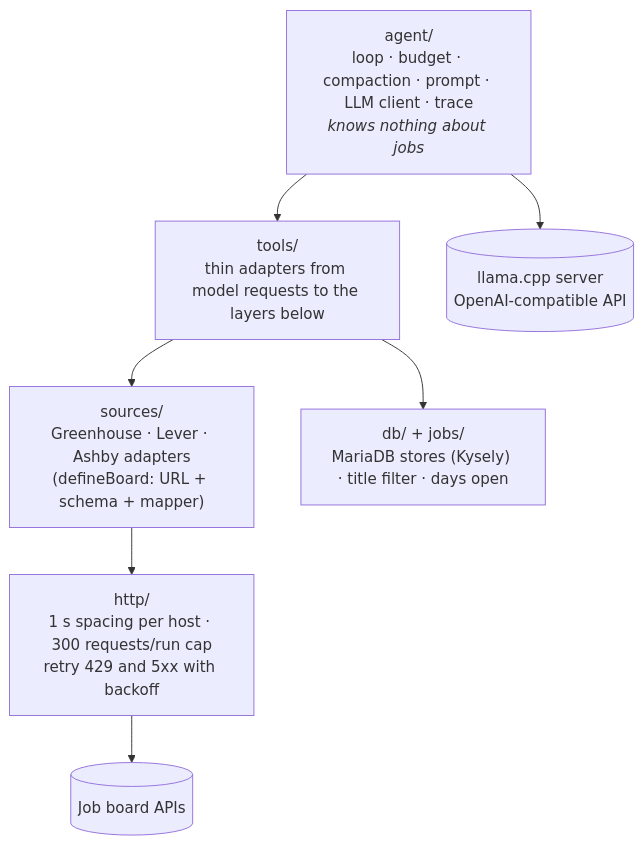
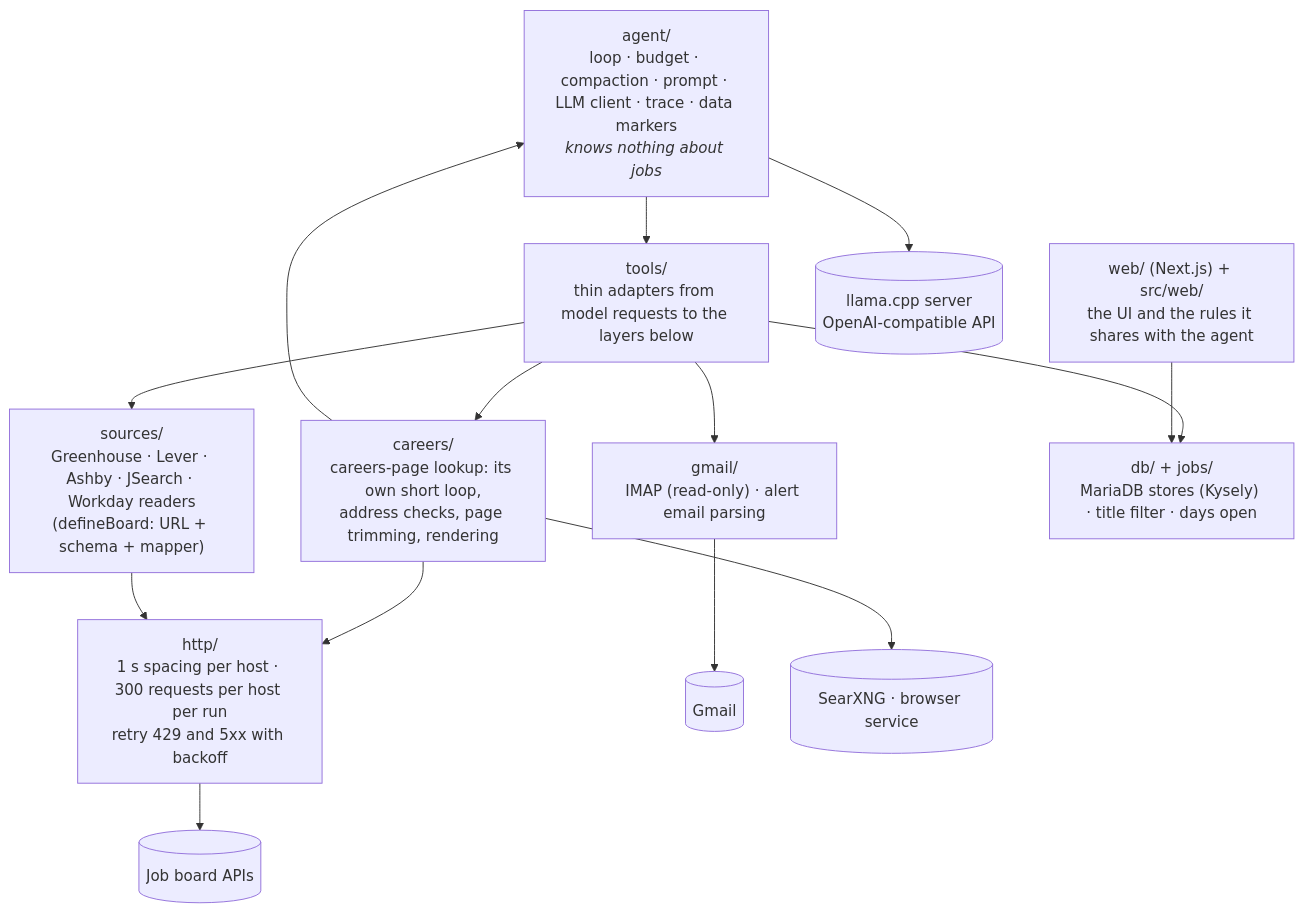
One commit to risingfish/myjobbot changed the fifth of 7 diagrams in README.md. Above: the diagram before and after it, drawn with Mermaid. The commit also changed other lines of this file and 1 other file, not shown here.

````diff
--- a/README.md
+++ b/README.md
@@ -436,17 +450,29 @@
 ```mermaid
 flowchart TD
-    AGENT["agent/<br/>loop · budget · compaction · prompt · LLM client · trace<br/><i>knows nothing about jobs</i>"]
+    AGENT["agent/<br/>loop · budget · compaction · prompt · LLM client · trace · data markers<br/><i>knows nothing about jobs</i>"]
     TOOLS["tools/<br/>thin adapters from model requests to the layers below"]
-    SOURCES["sources/<br/>Greenhouse · Lever · Ashby adapters<br/>(defineBoard: URL + schema + mapper)"]
-    HTTP["http/<br/>1 s spacing per host · 300 requests/run cap<br/>retry 429 and 5xx with backoff"]
+    SOURCES["sources/<br/>Greenhouse · Lever · Ashby · JSearch · Workday readers<br/>(defineBoard: URL + schema + mapper)"]
+    GMAIL["gmail/<br/>IMAP (read-only) · alert email parsing"]
+    CAREERS["careers/<br/>careers-page lookup: its own short loop,<br/>address checks, page trimming, rendering"]
+    HTTP["http/<br/>1 s spacing per host · 300 requests per host per run<br/>retry 429 and 5xx with backoff"]
     DB["db/ + jobs/<br/>MariaDB stores (Kysely) · title filter · days open"]
+    WEB["web/ (Next.js) + src/web/<br/>the UI and the rules it shares with the agent"]
     LLAMA[("llama.cpp server<br/>OpenAI-compatible API")]
     BOARDS[("Job board APIs")]
+    MAIL[("Gmail")]
+    SEARCH[("SearXNG · browser service")]
 
     AGENT --> TOOLS
     AGENT --> LLAMA
     TOOLS --> SOURCES
+    TOOLS --> GMAIL
+    TOOLS --> CAREERS
     TOOLS --> DB
+    CAREERS --> AGENT
+    CAREERS --> SEARCH
+    CAREERS --> HTTP
     SOURCES --> HTTP
     HTTP --> BOARDS
+    GMAIL --> MAIL
+    WEB --> DB
 ```
````
